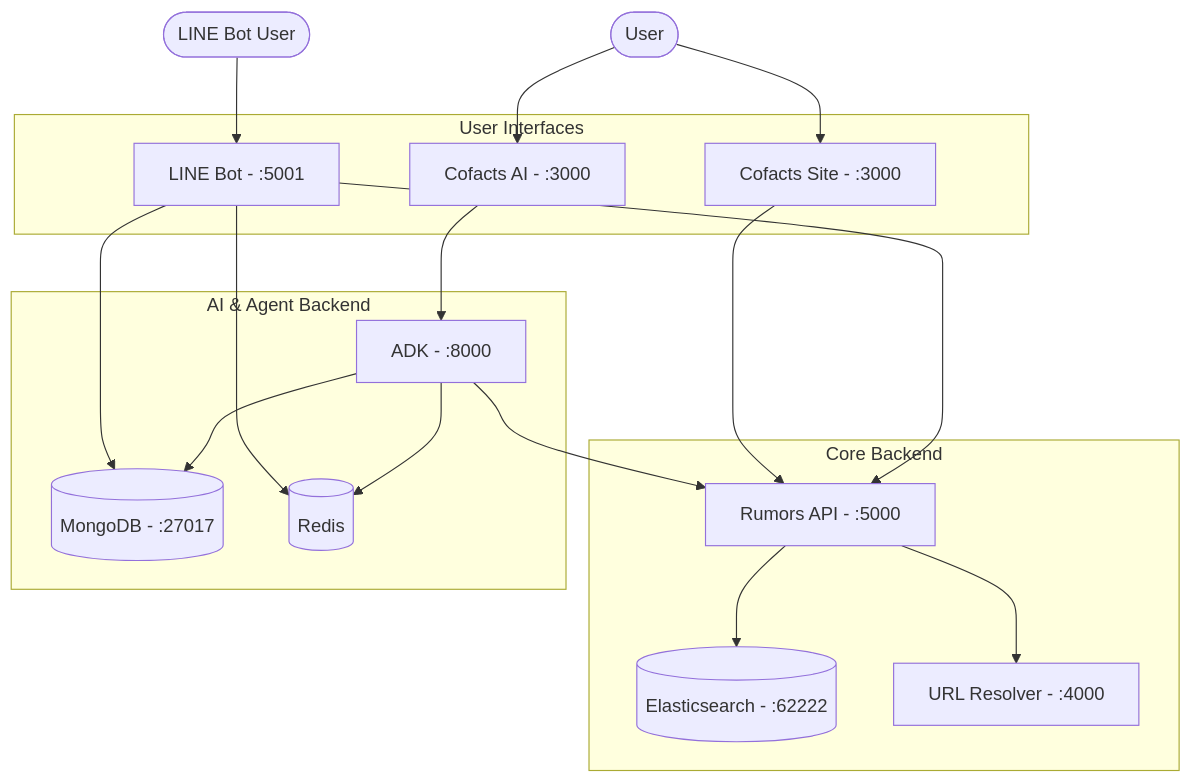
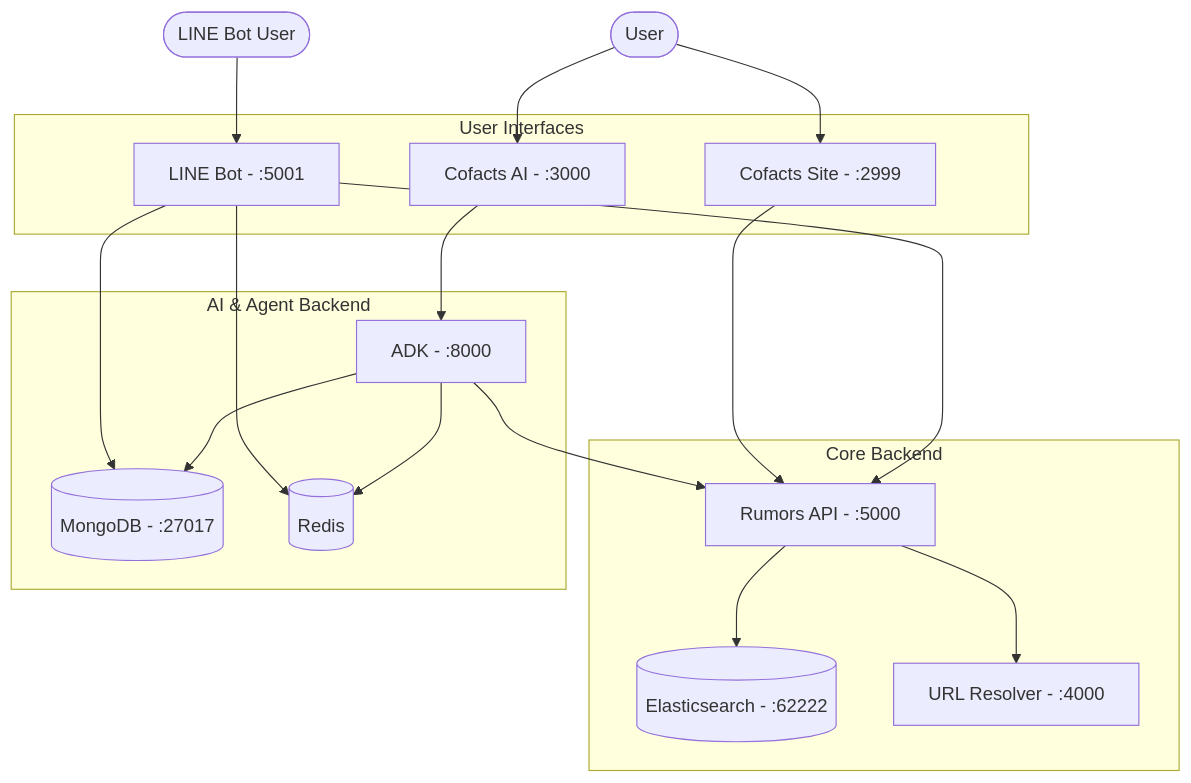
The diagram in README.md (cofacts/rumors-deploy), drawn with Mermaid before and after one commit. The commit also changed 1 other file, not shown here.

Commit message:
Re-assign host ports for site (2999) and cofacts-ai (3000)

````diff
--- a/README.md
+++ b/README.md
@@ -16,40 +16,40 @@
 ```mermaid
 graph TD
     User([User])
     BotUser([LINE Bot User])
 
     subgraph UI ["User Interfaces"]
-        site[Cofacts Site - :3000]
+        site[Cofacts Site - :2999]
         site_ai[Cofacts AI - :3000]
         bot[LINE Bot - :5001]
     end
 
     subgraph Backend ["Core Backend"]
         api[Rumors API - :5000]
         db[(Elasticsearch - :62222)]
         url[URL Resolver - :4000]
     end
 
     subgraph AI ["AI & Agent Backend"]
         adk[ADK - :8000]
         mongo[(MongoDB - :27017)]
         redis[(Redis)]
     end
 
     User --> site
     User --> site_ai
     BotUser --> bot
 
     site --> api
     site_ai --> adk
     bot --> api
     bot --> redis
     bot --> mongo
     
     adk --> api
     adk --> mongo
     adk --> redis
     
     api --> db
     api --> url
 ```
````
